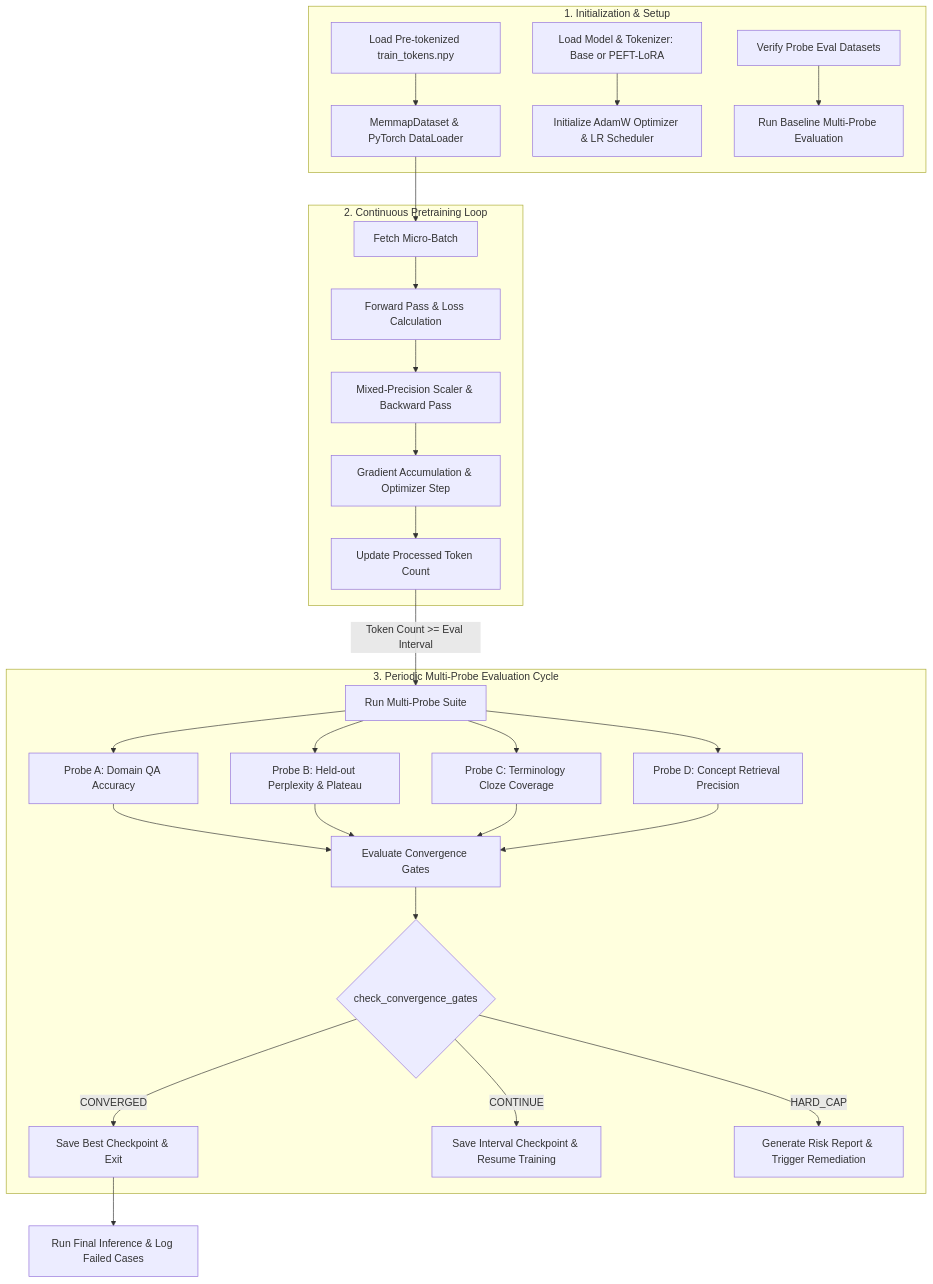
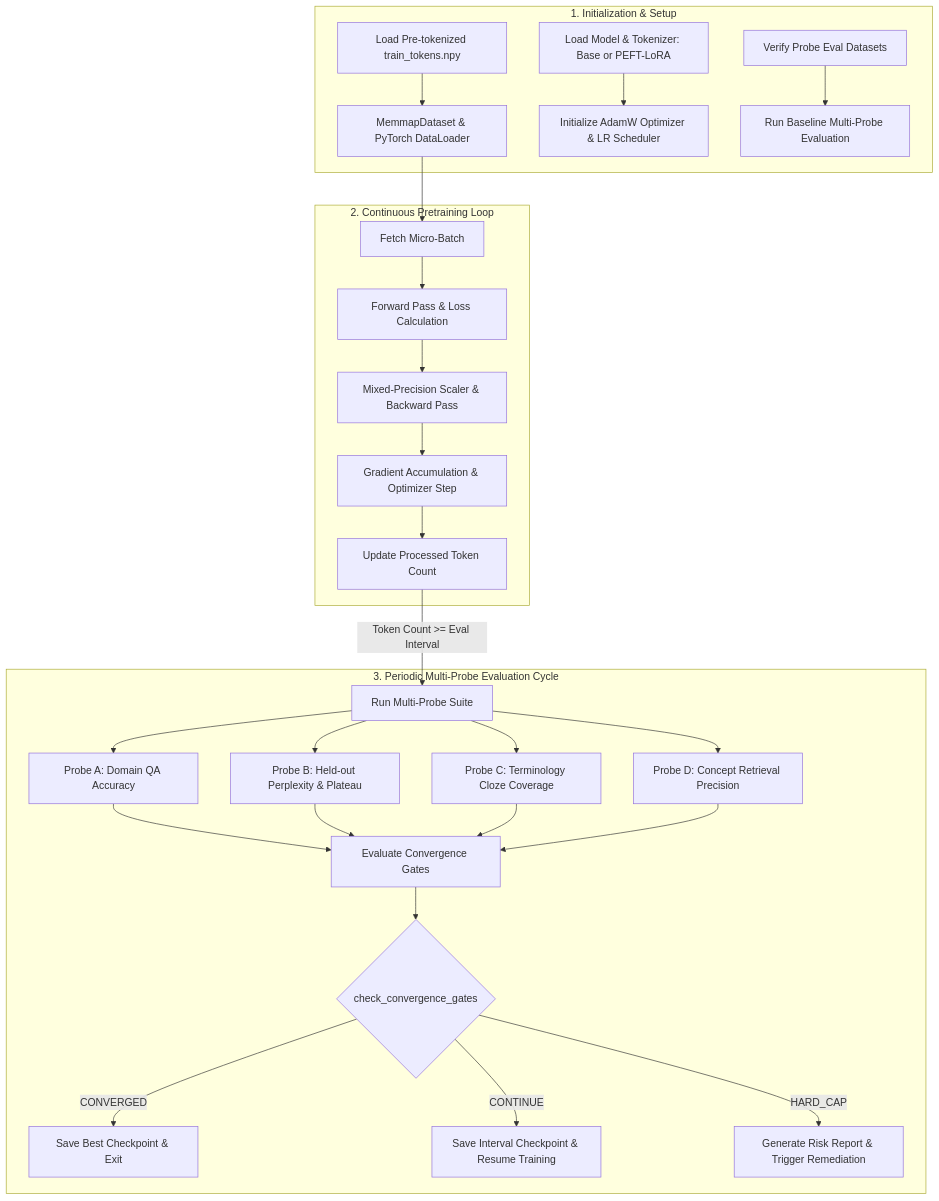
One commit to cogitoslabs/Semantics-Layer changed the diagram in docs/S3_DAPT.md. Above: the diagram before and after it, drawn with Mermaid. The commit also changed other lines of this file and 17 other files, not shown here.

````diff
--- a/docs/S3_DAPT.md
+++ b/docs/S3_DAPT.md
@@ -119,33 +117,31 @@
 ```mermaid
 flowchart TD
     subgraph Initialization["1. Initialization & Setup"]
         A[Load Pre-tokenized train_tokens.npy] --> B[MemmapDataset & PyTorch DataLoader]
         C[Load Model & Tokenizer: Base or PEFT-LoRA] --> D[Initialize AdamW Optimizer & LR Scheduler]
         E[Verify Probe Eval Datasets] --> F[Run Baseline Multi-Probe Evaluation]
     end
 
     subgraph TrainingLoop["2. Continuous Pretraining Loop"]
         B --> G[Fetch Micro-Batch]
         G --> H[Forward Pass & Loss Calculation]
         H --> I[Mixed-Precision Scaler & Backward Pass]
         I --> J[Gradient Accumulation & Optimizer Step]
         J --> K[Update Processed Token Count]
     end
 
     subgraph OnlineEvaluation["3. Periodic Multi-Probe Evaluation Cycle"]
         K -->|Token Count >= Eval Interval| L[Run Multi-Probe Suite]
         L --> M1[Probe A: Domain QA Accuracy]
         L --> M2[Probe B: Held-out Perplexity & Plateau]
         L --> M3[Probe C: Terminology Cloze Coverage]
         L --> M4[Probe D: Concept Retrieval Precision]
         
         M1 & M2 & M3 & M4 --> N[Evaluate Convergence Gates]
         N --> O{check_convergence_gates}
         
         O -->|CONVERGED| P[Save Best Checkpoint & Exit]
         O -->|CONTINUE| Q[Save Interval Checkpoint & Resume Training]
         O -->|HARD_CAP| R[Generate Risk Report & Trigger Remediation]
     end
-
-    P --> S[Run Final Inference & Log Failed Cases]
 ```
````
